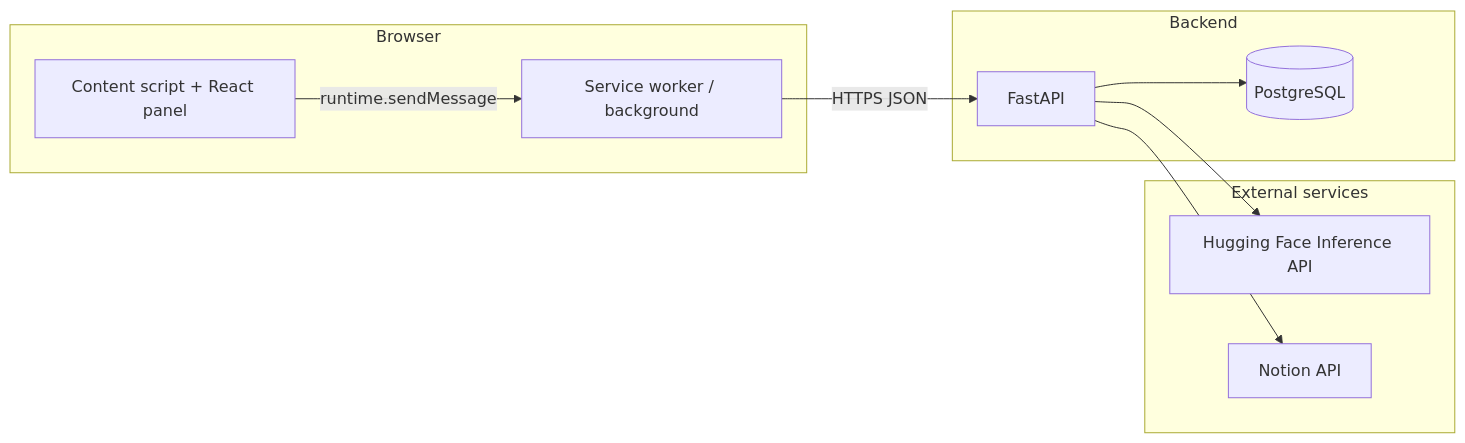
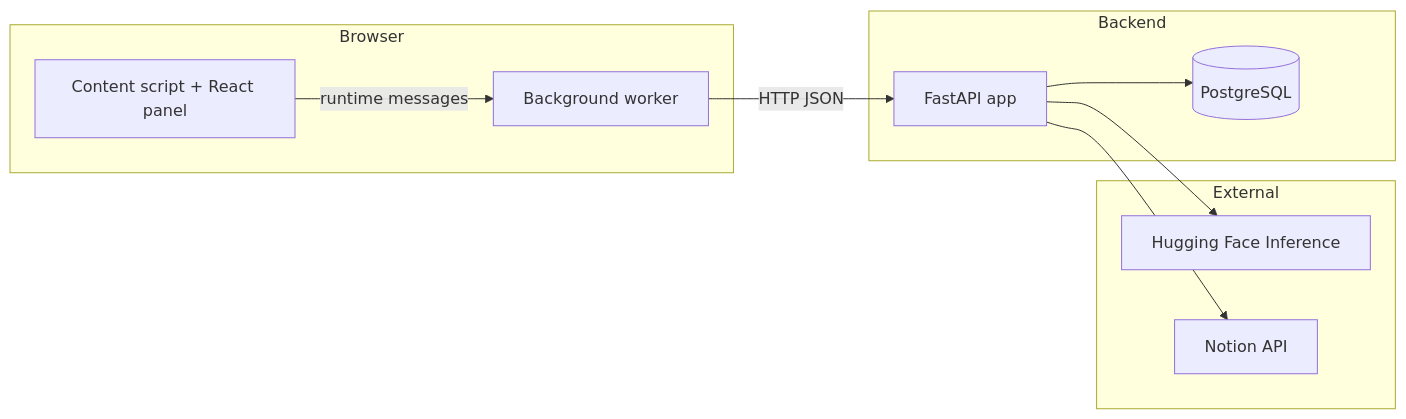
Before and after one commit to MiheyPlayGame/AI_for_Kanban: the diagram in docs/TECHNICAL_OVERVIEW.md, drawn with Mermaid. The commit also changed other lines of this file, not shown here.

````diff
--- a/docs/TECHNICAL_OVERVIEW.md
+++ b/docs/TECHNICAL_OVERVIEW.md
@@ -18,20 +20,23 @@
 ```mermaid
 flowchart LR
-  subgraph browser [Browser]
+  subgraph Browser
     CS[Content script + React panel]
-    BG[Service worker / background]
-    CS -->|runtime.sendMessage| BG
+    BG[Background worker]
+    CS -->|runtime messages| BG
   end
-  subgraph backend [Backend]
-    API[FastAPI]
+
+  subgraph Backend
+    API[FastAPI app]
     DB[(PostgreSQL)]
     API --> DB
   end
-  subgraph external [External services]
-    HF[Hugging Face Inference API]
+
+  subgraph External
+    HF[Hugging Face Inference]
     Notion[Notion API]
   end
-  BG -->|HTTPS JSON| API
+
+  BG -->|HTTP JSON| API
   API --> HF
   API --> Notion
 ```
````
